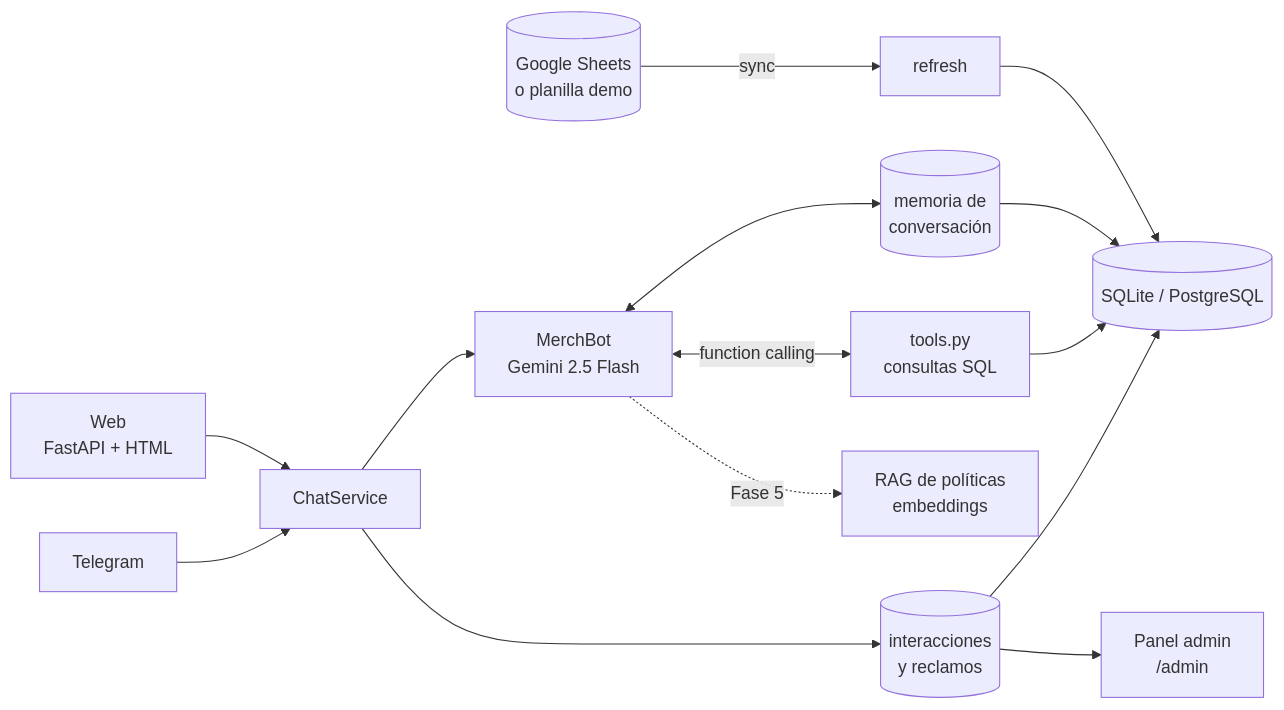
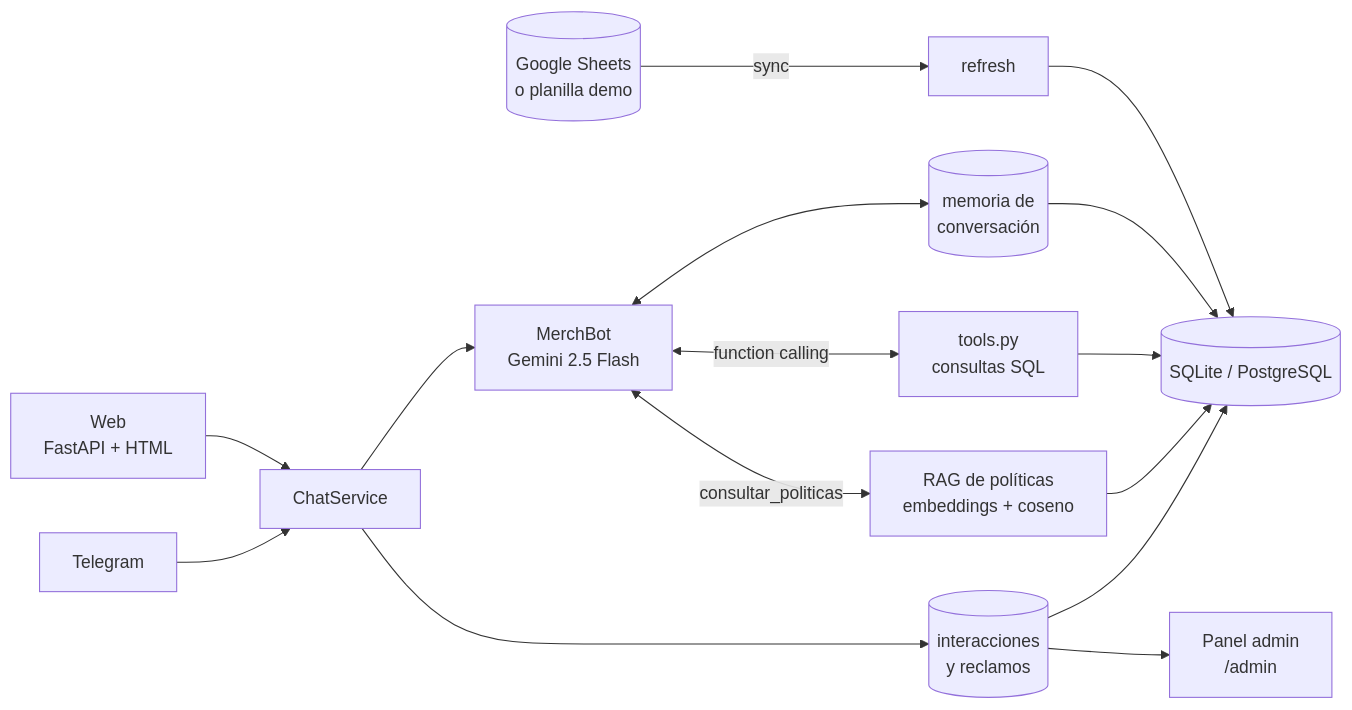
Before and after one commit to agustinvignau/merchbot: the diagram in README.md, drawn with Mermaid. The commit also changed other lines of this file and 5 other files, not shown here.

First line of the commit message:
docs: evaluación del RAG, docs/RAG.md; Fase 5 hecha

````diff
--- a/README.md
+++ b/README.md
@@ -94,18 +101,19 @@
 ```mermaid
 flowchart LR
     GS[(Google Sheets<br/>o planilla demo)] -->|sync| SY[refresh]
     SY --> DB[(SQLite / PostgreSQL)]
 
     WEB[Web<br/>FastAPI + HTML] --> CS[ChatService]
     TG[Telegram] --> CS
 
     CS --> BOT[MerchBot<br/>Gemini 2.5 Flash]
     BOT <--> MEM[(memoria de<br/>conversación)]
     MEM --> DB
     CS --> LOG[(interacciones<br/>y reclamos)]
     LOG --> DB
     BOT <-->|function calling| TOOLS[tools.py<br/>consultas SQL]
     TOOLS --> DB
-    BOT -.->|Fase 5| RAG[RAG de políticas<br/>embeddings]
+    BOT <-->|consultar_politicas| RAG[RAG de políticas<br/>embeddings + coseno]
+    RAG --> DB
     LOG --> ADM[Panel admin<br/>/admin]
 ```
````
